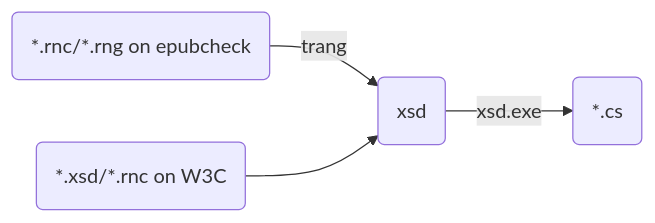
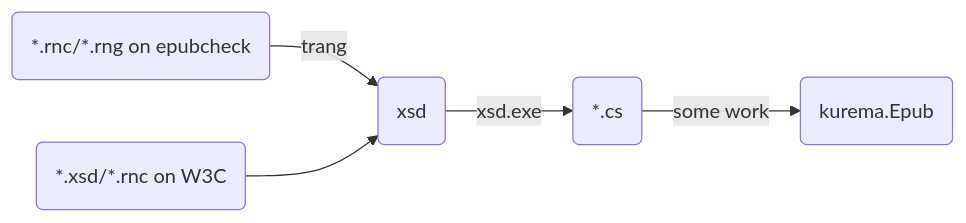
The first of 3 diagrams in README.md (kurema/EpubLibrary), drawn with Mermaid before and after one commit. The commit also changed other lines of this file, not shown here.

````diff
--- a/README.md
+++ b/README.md
@@ -11,6 +11,7 @@
 ```mermaid
 graph LR
   A(*.rnc/*.rng on epubcheck) -- trang --> B(xsd)
   D(*.xsd/*.rnc on W3C) --> B
   B -- xsd.exe --> C(*.cs)
+  C -- some work --> E(kurema.Epub)
 ```
````
